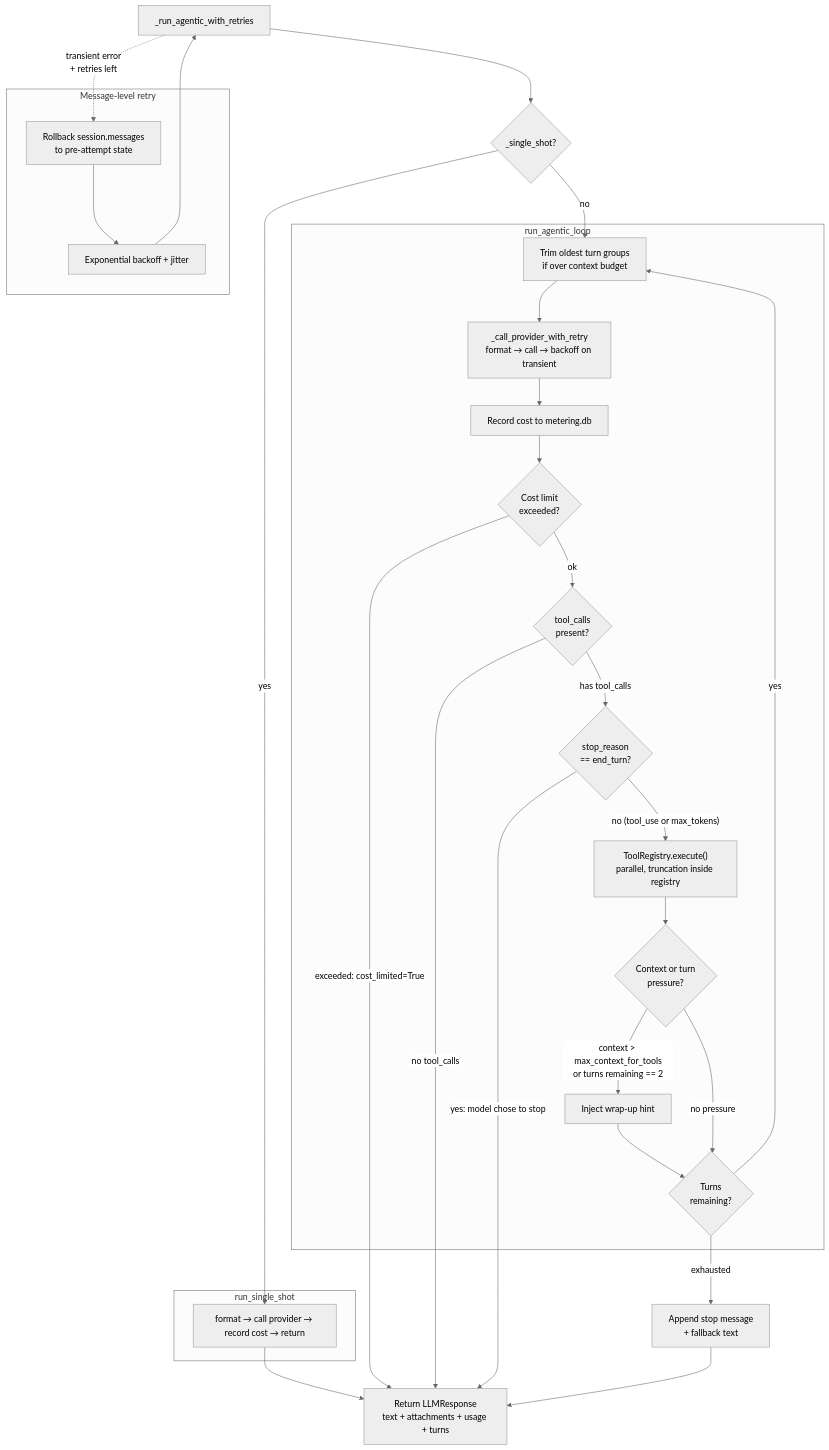
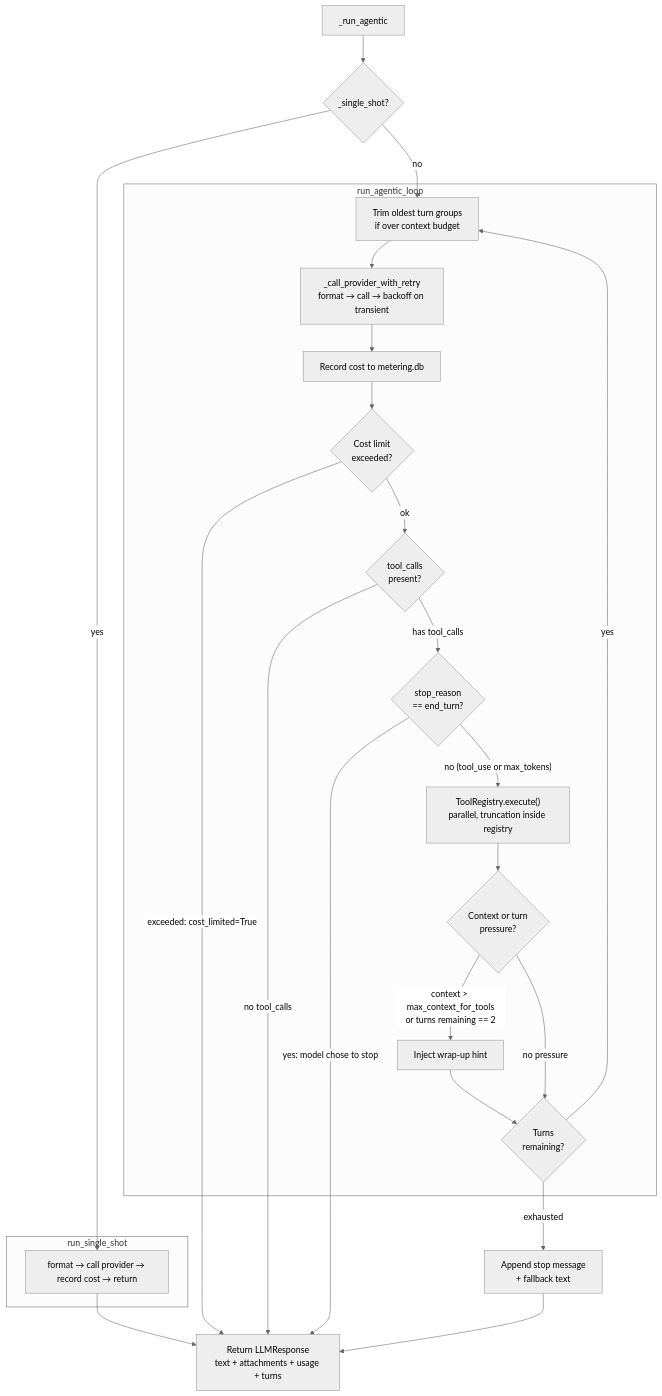
Before and after one commit to nicolasforstinger/lucyd: the second of 10 diagrams in docs/diagrams.md, drawn with Mermaid (neutral theme). The commit also changed other lines of this file and 65 other files, not shown here.

````diff
--- a/docs/diagrams.md
+++ b/docs/diagrams.md
@@ -135,46 +135,39 @@
 ```mermaid
 flowchart TD
-    START["_run_agentic_with_retries"]
+    START["_run_agentic"]
     DISPATCH{"_single_shot?"}
 
     subgraph SingleShot["run_single_shot"]
         SS["format → call provider → record cost → return"]
     end
 
     subgraph ToolUse["run_agentic_loop"]
         TRIM["Trim oldest turn groups<br/>if over context budget"]
         CALL["_call_provider_with_retry<br/>format → call → backoff on transient"]
         METER["Record cost to metering.db"]
         COST_CHECK{"Cost limit<br/>exceeded?"}
         STOP{"tool_calls<br/>present?"}
         ENDTURN{"stop_reason<br/>== end_turn?"}
         TOOLS["ToolRegistry.execute()<br/>parallel, truncation inside registry"]
         PRESSURE{"Context or turn<br/>pressure?"}
         HINT["Inject wrap-up hint"]
         TURNS{"Turns<br/>remaining?"}
     end
 
     RETURN["Return LLMResponse<br/>text + attachments + usage + turns"]
     MAX_TURNS["Append stop message<br/>+ fallback text"]
 
-    subgraph Retry["Message-level retry"]
-        ROLLBACK["Rollback session.messages<br/>to pre-attempt state"]
-        BACKOFF["Exponential backoff + jitter"]
-    end
-
     START --> DISPATCH
     DISPATCH -->|yes| SS --> RETURN
     DISPATCH -->|no| TRIM --> CALL --> METER --> COST_CHECK
     COST_CHECK -->|"exceeded: cost_limited=True"| RETURN
     COST_CHECK -->|ok| STOP
     STOP -->|"no tool_calls"| RETURN
     STOP -->|"has tool_calls"| ENDTURN
     ENDTURN -->|"yes: model chose to stop"| RETURN
     ENDTURN -->|"no (tool_use or max_tokens)"| TOOLS --> PRESSURE
     PRESSURE -->|"context > max_context_for_tools<br/>or turns remaining == 2"| HINT --> TURNS
     PRESSURE -->|"no pressure"| TURNS
     TURNS -->|yes| TRIM
     TURNS -->|exhausted| MAX_TURNS --> RETURN
-
-    START -.->|"transient error<br/>+ retries left"| ROLLBACK --> BACKOFF --> START
 ```
````
